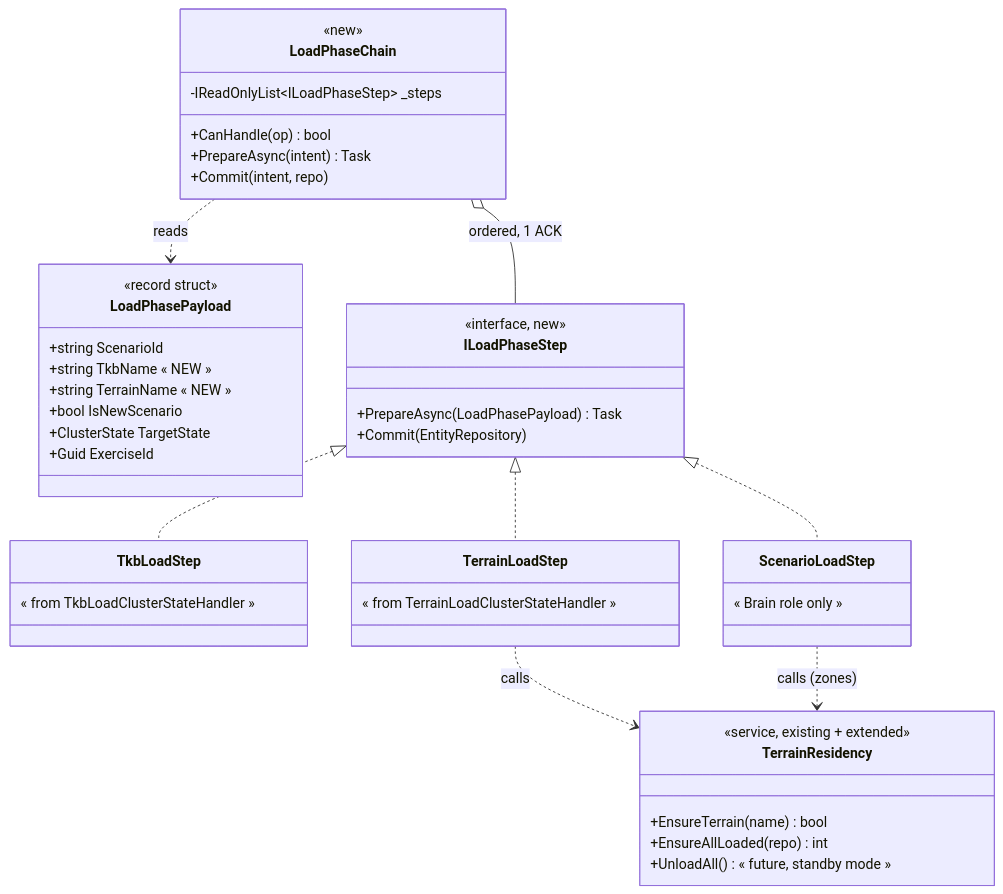
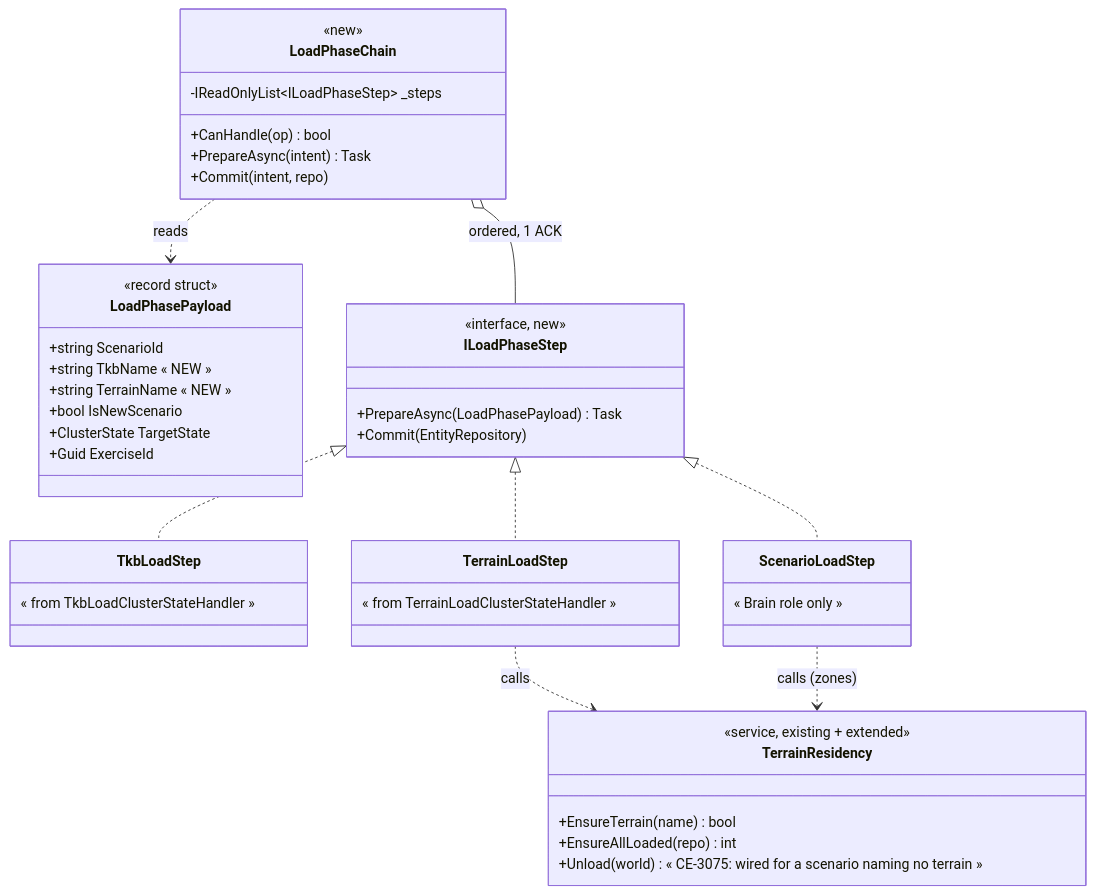
Before and after one commit to pjanec/HROT: the third of 11 diagrams in docs/DESIGN_Cluster_Load_Phase.md, drawn with Mermaid. The commit also changed other lines of this file and 8 other files, not shown here.

First line of the commit message:
CE-3075 fixed: a scenario naming no terrain unloads the resident one (R-211)

````diff
--- a/docs/DESIGN_Cluster_Load_Phase.md
+++ b/docs/DESIGN_Cluster_Load_Phase.md
@@ -192,47 +192,47 @@
 ```mermaid
 classDiagram
   class LoadPhasePayload {
     <<record struct>>
     +string ScenarioId
     +string TkbName      « NEW »
     +string TerrainName  « NEW »
     +bool IsNewScenario
     +ClusterState TargetState
     +Guid ExerciseId
   }
   class LoadPhaseChain {
     <<new>>
     +CanHandle(op) bool
     +PrepareAsync(intent) Task
     +Commit(intent, repo)
     -IReadOnlyList~ILoadPhaseStep~ _steps
   }
   class ILoadPhaseStep {
     <<interface, new>>
     +PrepareAsync(LoadPhasePayload) Task
     +Commit(EntityRepository)
   }
   class TkbLoadStep {
     « from TkbLoadClusterStateHandler »
   }
   class TerrainLoadStep {
     « from TerrainLoadClusterStateHandler »
   }
   class ScenarioLoadStep {
     « Brain role only »
   }
   class TerrainResidency {
     <<service, existing + extended>>
     +EnsureTerrain(name) bool
     +EnsureAllLoaded(repo) int
-    +UnloadAll() « future, standby mode »
+    +Unload(world) « CE-3075: wired for a scenario naming no terrain »
   }
 
   LoadPhaseChain o-- ILoadPhaseStep : ordered, 1 ACK
   ILoadPhaseStep <|.. TkbLoadStep
   ILoadPhaseStep <|.. TerrainLoadStep
   ILoadPhaseStep <|.. ScenarioLoadStep
   TerrainLoadStep ..> TerrainResidency : calls
   ScenarioLoadStep ..> TerrainResidency : calls (zones)
   LoadPhaseChain ..> LoadPhasePayload : reads
 ```
````
